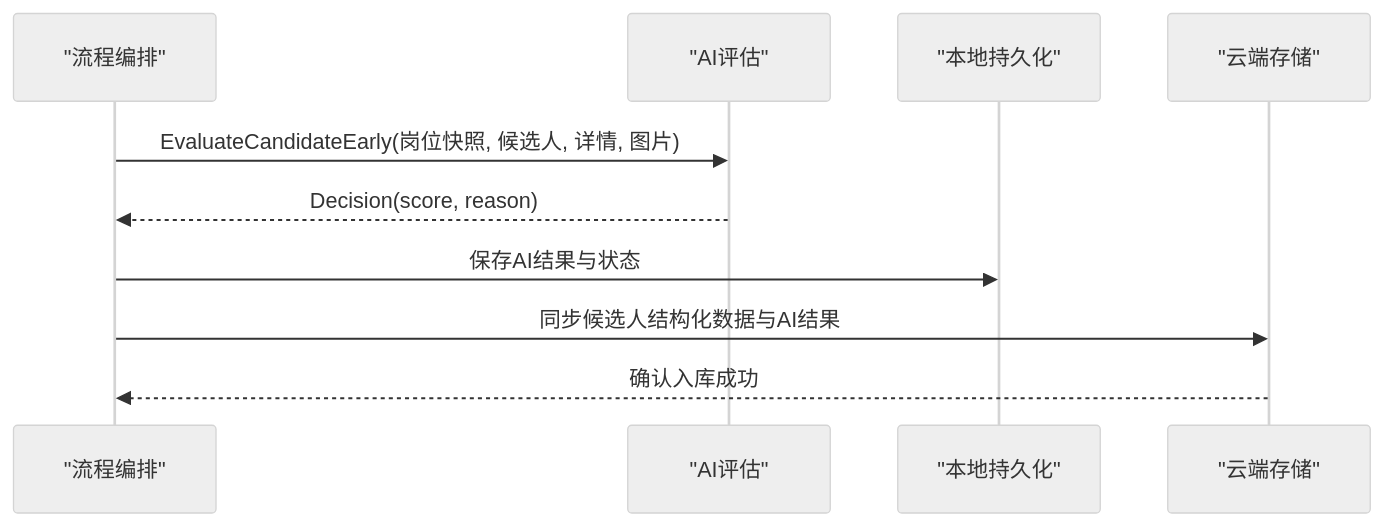
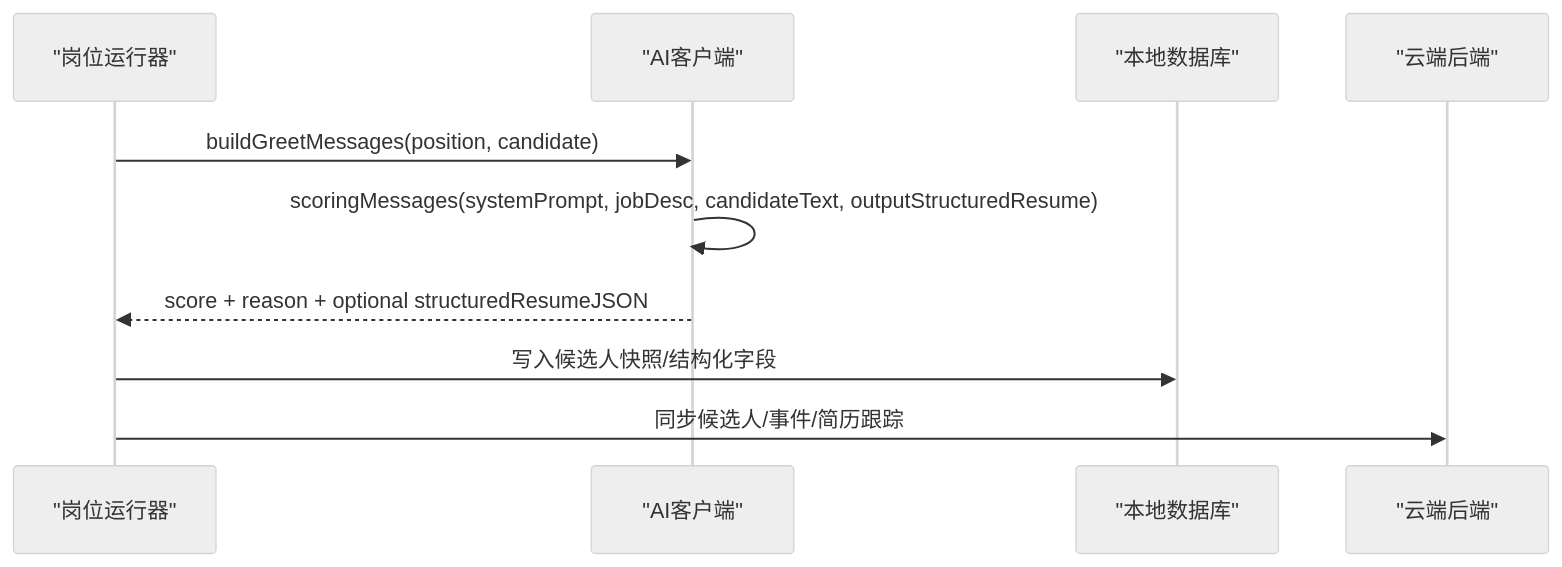
Before and after one commit to alvinwangzi/goodhr: the fifth of 10 diagrams in .qoder/repowiki/zh/content/本地执行器/AI集成/简历解析处理.md, drawn with Mermaid (neutral theme). The commit also changed other lines of this file and 149 other files, not shown here.

````diff
--- a/.qoder/repowiki/zh/content/本地执行器/AI集成/简历解析处理.md
+++ b/.qoder/repowiki/zh/content/本地执行器/AI集成/简历解析处理.md
@@ -267,12 +219,12 @@
 ```mermaid
 sequenceDiagram
-participant R as "流程编排"
-participant AI as "AI评估"
-participant P as "本地持久化"
-participant C as "云端存储"
-R->>AI : EvaluateCandidateEarly(岗位快照, 候选人, 详情, 图片)
-AI-->>R : Decision(score, reason)
-R->>P : 保存AI结果与状态
-R->>C : 同步候选人结构化数据与AI结果
-C-->>R : 确认入库成功
+participant Runner as "岗位运行器"
+participant AI as "AI客户端"
+participant DB as "本地数据库"
+participant Cloud as "云端后端"
+Runner->>AI : buildGreetMessages(position, candidate)
+AI->>AI : scoringMessages(systemPrompt, jobDesc, candidateText, outputStructuredResume)
+AI-->>Runner : score + reason + optional structuredResumeJSON
+Runner->>DB : 写入候选人快照/结构化字段
+Runner->>Cloud : 同步候选人/事件/简历跟踪
 ```
````
